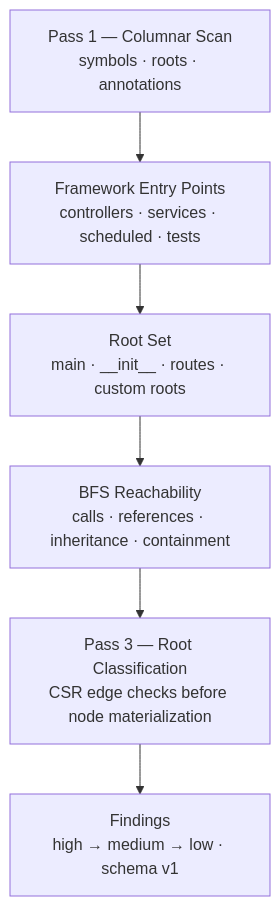
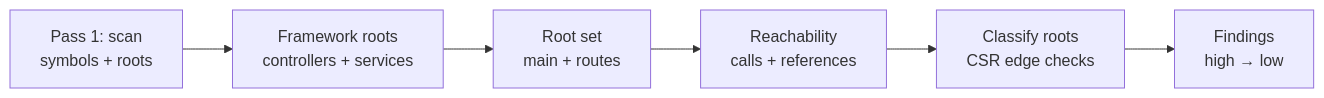
Before and after one commit to Wuodan/rgctl-website: the diagram in docs/guides/dead-code-detection.md, drawn with Mermaid.

Commit message:
Fix dead-code diagram layout

````diff
--- a/docs/guides/dead-code-detection.md
+++ b/docs/guides/dead-code-detection.md
@@ -38,8 +38,8 @@
 ```mermaid
-flowchart TD
-  P1["Pass 1 — Columnar Scan<br/>symbols · roots · annotations"] --> FW["Framework Entry Points<br/>controllers · services · scheduled · tests"]
-  FW --> ROOTS["Root Set<br/>main · __init__ · routes · custom roots"]
-  ROOTS --> BFS["BFS Reachability<br/>calls · references · inheritance · containment"]
-  BFS --> P3["Pass 3 — Root Classification<br/>CSR edge checks before node materialization"]
-  P3 --> OUT["Findings<br/>high → medium → low · schema v1"]
+flowchart LR
+  P1["Pass 1: scan<br/>symbols + roots"] --> FW["Framework roots<br/>controllers + services"]
+  FW --> ROOTS["Root set<br/>main + routes"]
+  ROOTS --> BFS["Reachability<br/>calls + references"]
+  BFS --> P3["Classify roots<br/>CSR edge checks"]
+  P3 --> OUT["Findings<br/>high → low"]
 ```
````
